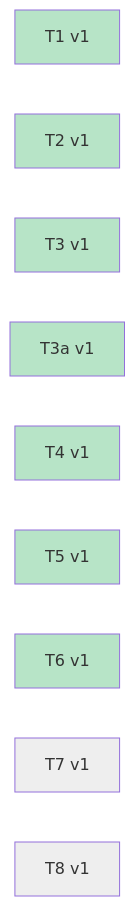
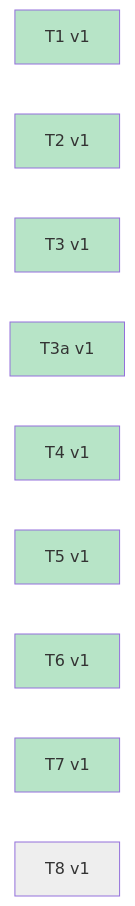
One commit to Curry09/AHE-Beta changed diagram 51 of 51 in docs/specs/OVERVIEW.md. Above: the diagram before and after it, drawn with Mermaid. The commit also changed other lines of this file and 7 other files, not shown here.

````diff
--- a/docs/specs/OVERVIEW.md
+++ b/docs/specs/OVERVIEW.md
@@ -1136,23 +1136,23 @@
 ```mermaid
 graph LR
     v_T1_1["T1 v1"]
     v_T2_1["T2 v1"]
     v_T3_1["T3 v1"]
     v_T3a_1["T3a v1"]
     v_T4_1["T4 v1"]
     v_T5_1["T5 v1"]
     v_T6_1["T6 v1"]
     v_T7_1["T7 v1"]
     v_T8_1["T8 v1"]
     classDef st_done fill:#b7e4c7;
     classDef st_pending fill:#eeeeee;
     class v_T1_1 st_done;
     class v_T2_1 st_done;
     class v_T3_1 st_done;
     class v_T3a_1 st_done;
     class v_T4_1 st_done;
     class v_T5_1 st_done;
     class v_T6_1 st_done;
-    class v_T7_1 st_pending;
+    class v_T7_1 st_done;
     class v_T8_1 st_pending;
 ```
````
